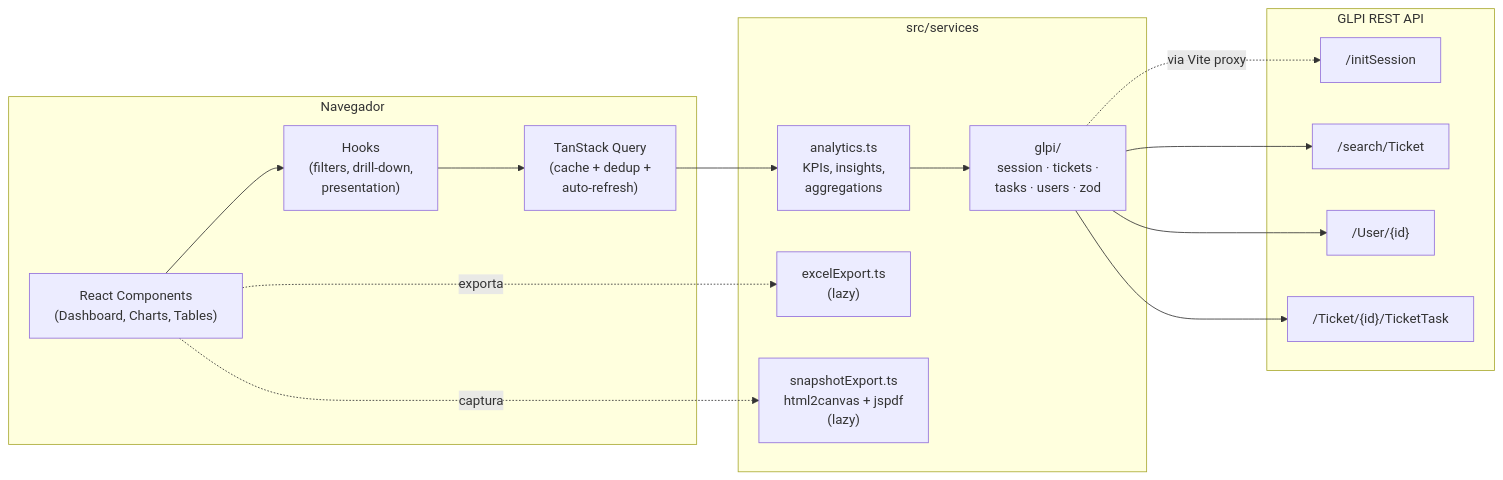
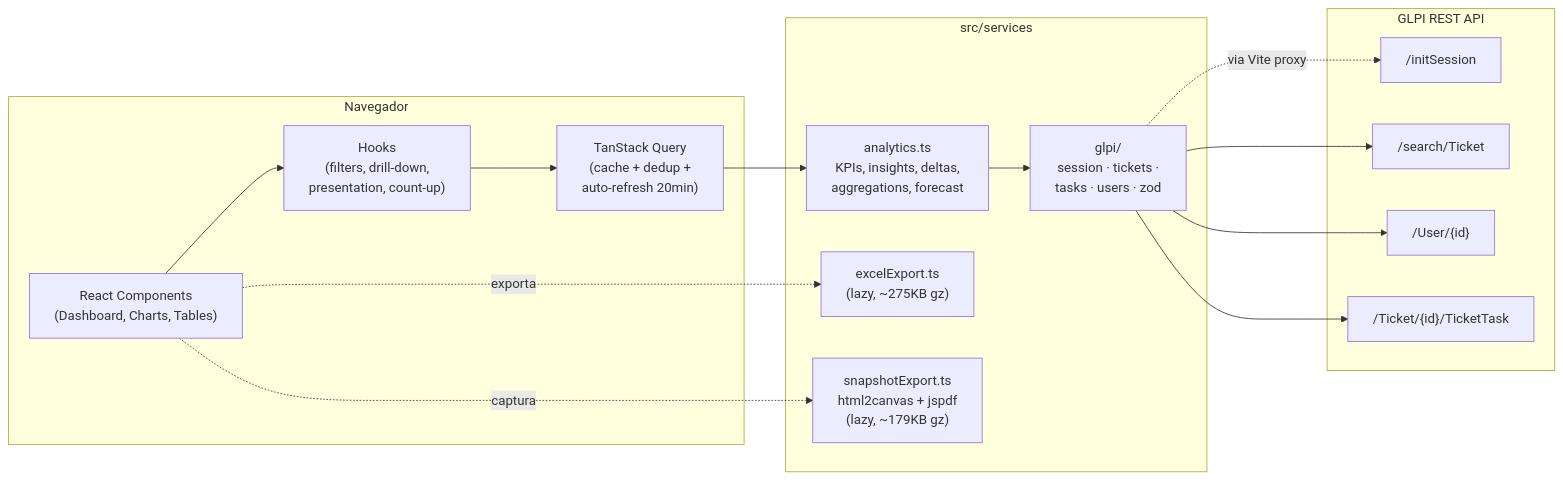
Before and after one commit to LeviCury/central-monitoramento-chamados-rpa: the diagram in README.md, drawn with Mermaid. The commit also changed other lines of this file, not shown here.

````diff
--- a/README.md
+++ b/README.md
@@ -231,33 +382,33 @@
 ```mermaid
 flowchart LR
     subgraph Browser["Navegador"]
         UI["React Components<br/>(Dashboard, Charts, Tables)"]
-        Hooks["Hooks<br/>(filters, drill-down,<br/>presentation)"]
-        Query["TanStack Query<br/>(cache + dedup +<br/>auto-refresh)"]
+        Hooks["Hooks<br/>(filters, drill-down,<br/>presentation, count-up)"]
+        Query["TanStack Query<br/>(cache + dedup +<br/>auto-refresh 20min)"]
     end
 
     subgraph Services["src/services"]
-        Analytics["analytics.ts<br/>KPIs, insights,<br/>aggregations"]
+        Analytics["analytics.ts<br/>KPIs, insights, deltas,<br/>aggregations, forecast"]
         GLPI["glpi/<br/>session · tickets ·<br/>tasks · users · zod"]
-        Excel["excelExport.ts<br/>(lazy)"]
-        Snap["snapshotExport.ts<br/>html2canvas + jspdf<br/>(lazy)"]
+        Excel["excelExport.ts<br/>(lazy, ~275KB gz)"]
+        Snap["snapshotExport.ts<br/>html2canvas + jspdf<br/>(lazy, ~179KB gz)"]
     end
 
     subgraph External["GLPI REST API"]
         S["/initSession"]
         T["/search/Ticket"]
         U["/User/{id}"]
         TT["/Ticket/{id}/TicketTask"]
     end
 
     UI --> Hooks
     Hooks --> Query
     Query --> Analytics
     Analytics --> GLPI
     GLPI -. via Vite proxy .-> S
     GLPI --> T
     GLPI --> U
     GLPI --> TT
     UI -. exporta .-> Excel
     UI -. captura .-> Snap
 ```
````
